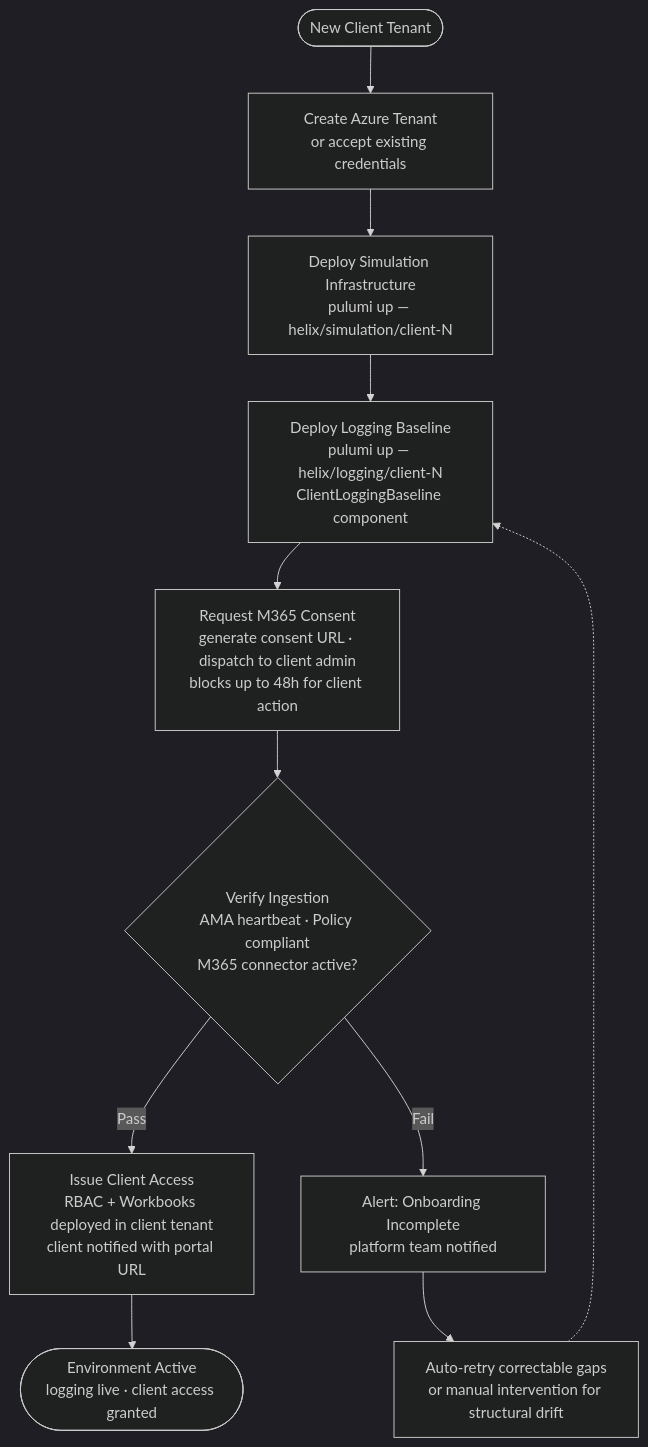
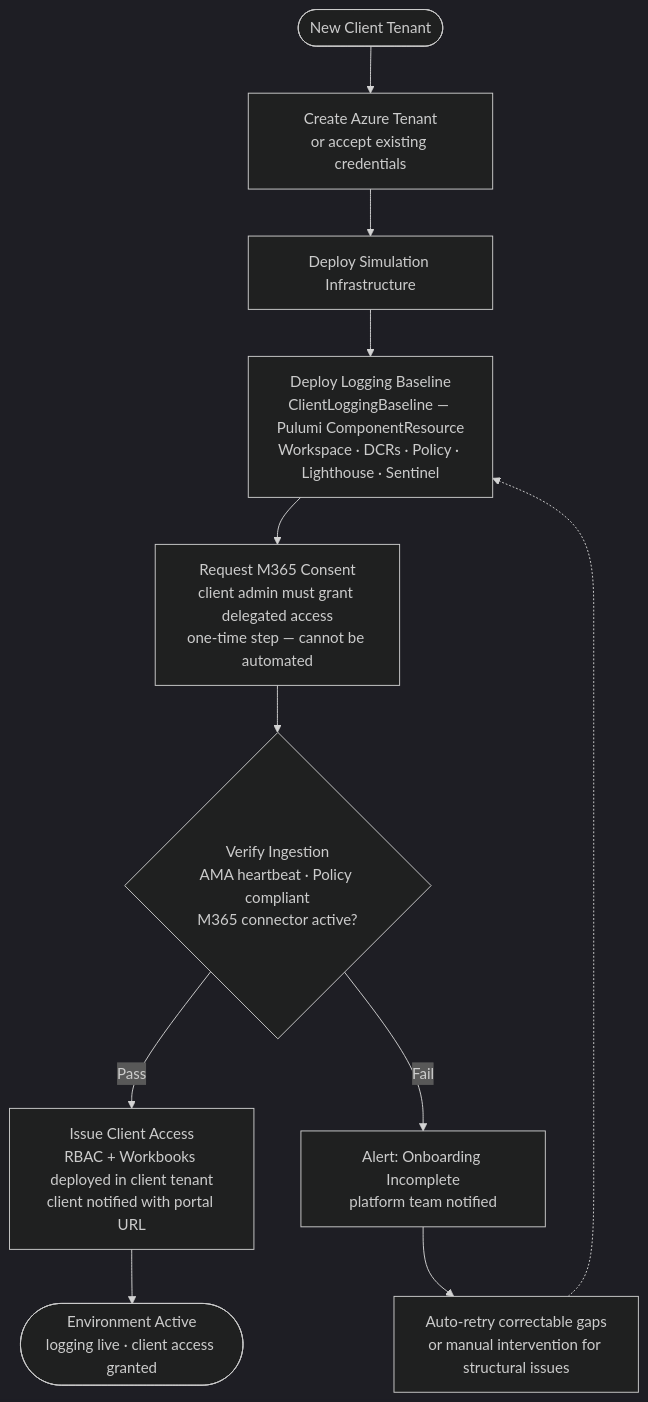
The diagram in docs/07-automation.md (danielcorrea89/helix-logging-proposal), drawn with Mermaid (dark theme) before and after one commit. The commit also changed other lines of this file and 8 other files, not shown here.

````diff
--- a/docs/07-automation.md
+++ b/docs/07-automation.md
@@ -86,18 +40,18 @@
 ```mermaid
 flowchart TD
     START(["New Client Tenant"])
     T1["Create Azure Tenant\nor accept existing credentials"]
-    T2["Deploy Simulation Infrastructure\npulumi up — helix/simulation/client-N"]
-    T3["Deploy Logging Baseline\npulumi up — helix/logging/client-N\nClientLoggingBaseline component"]
-    T3B["Request M365 Consent\ngenerate consent URL · dispatch to client admin\nblocks up to 48h for client action"]
+    T2["Deploy Simulation Infrastructure"]
+    T3["Deploy Logging Baseline\nClientLoggingBaseline — Pulumi ComponentResource\nWorkspace · DCRs · Policy · Lighthouse · Sentinel"]
+    T3B["Request M365 Consent\nclient admin must grant delegated access\none-time step — cannot be automated"]
     T4{"Verify Ingestion\nAMA heartbeat · Policy compliant\nM365 connector active?"}
     T5["Issue Client Access\nRBAC + Workbooks deployed in client tenant\nclient notified with portal URL"]
     ERR["Alert: Onboarding Incomplete\nplatform team notified"]
-    RETRY["Auto-retry correctable gaps\nor manual intervention for structural drift"]
+    RETRY["Auto-retry correctable gaps\nor manual intervention for structural issues"]
     END(["Environment Active\nlogging live · client access granted"])
 
     START --> T1 --> T2 --> T3 --> T3B --> T4
     T4 -->|"Pass"| T5 --> END
     T4 -->|"Fail"| ERR --> RETRY
     RETRY -.-> T3
 ```
````
